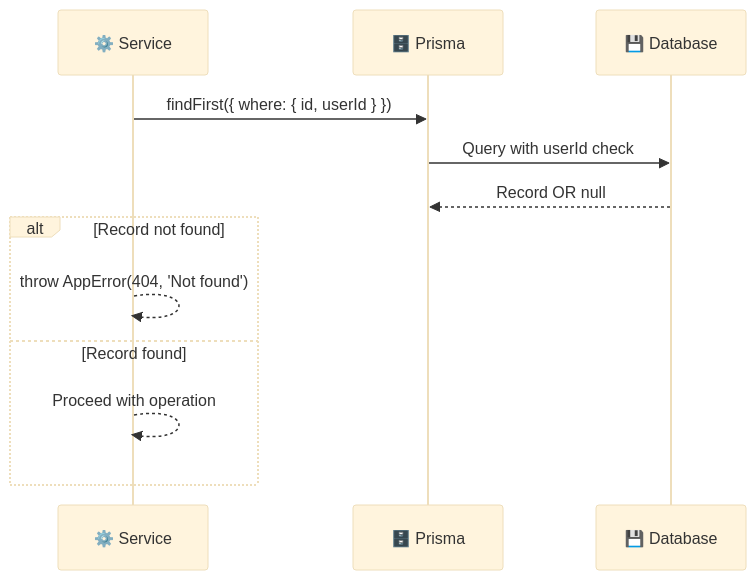
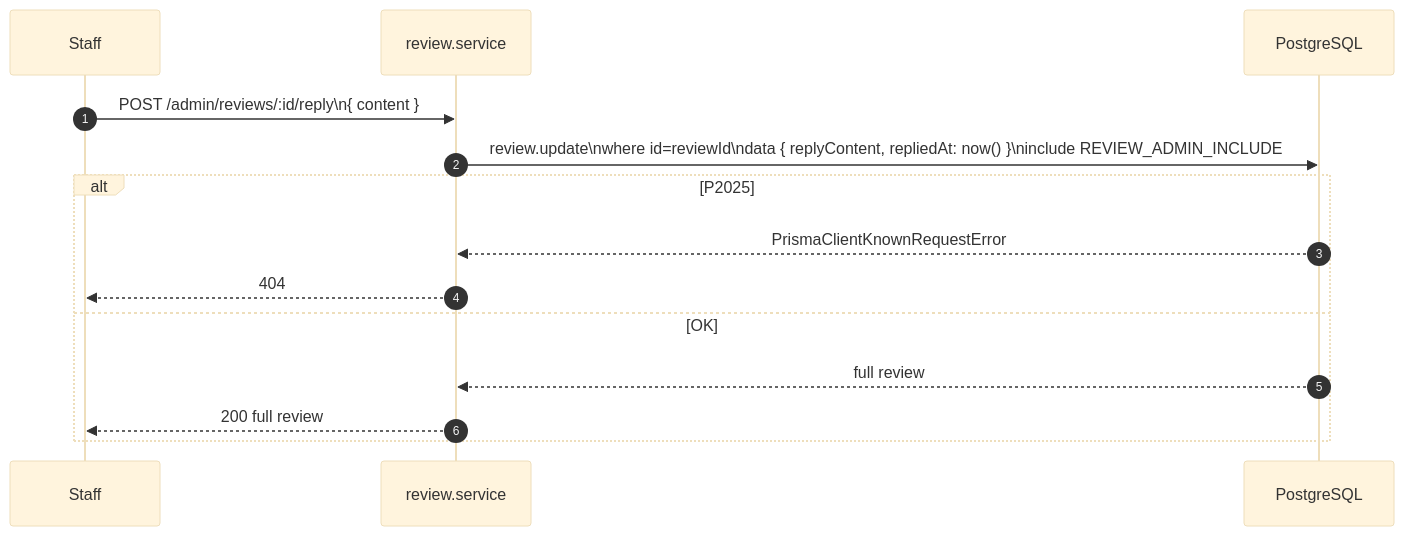
The fourth of 4 diagrams in docs/Review/SequenceDiagram.md (phamvinh203/mobivexa), drawn with Mermaid (base theme) before and after one commit. The commit also changed other lines of this file and 79 other files, not shown here.

Commit message:
📜 Add documentation for Inventory and Favorite modules including Use Cases, API Specifications, and Activity Diagrams

````diff
--- a/docs/Review/SequenceDiagram.md
+++ b/docs/Review/SequenceDiagram.md
@@ -671,15 +108,17 @@
 ```mermaid
 sequenceDiagram
-    participant Service as ⚙️ Service
-    participant Prisma as 🗄️ Prisma
-    participant DB as 💾 Database
+    autonumber
+    participant S as Staff
+    participant Svc as review.service
+    participant DB as PostgreSQL
 
-    Service->>Prisma: findFirst({ where: { id, userId } })
-    Prisma->>DB: Query with userId check
-    DB-->>Prisma: Record OR null
-    alt Record not found
-        Service-->>Service: throw AppError(404, 'Not found')
-    else Record found
-        Service-->>Service: Proceed with operation
+    S->>Svc: POST /admin/reviews/:id/reply\n{ content }
+    Svc->>DB: review.update\nwhere id=reviewId\ndata { replyContent, repliedAt: now() }\ninclude REVIEW_ADMIN_INCLUDE
+    alt P2025
+        DB-->>Svc: PrismaClientKnownRequestError
+        Svc-->>S: 404
+    else OK
+        DB-->>Svc: full review
+        Svc-->>S: 200 full review
     end
 ```
````
